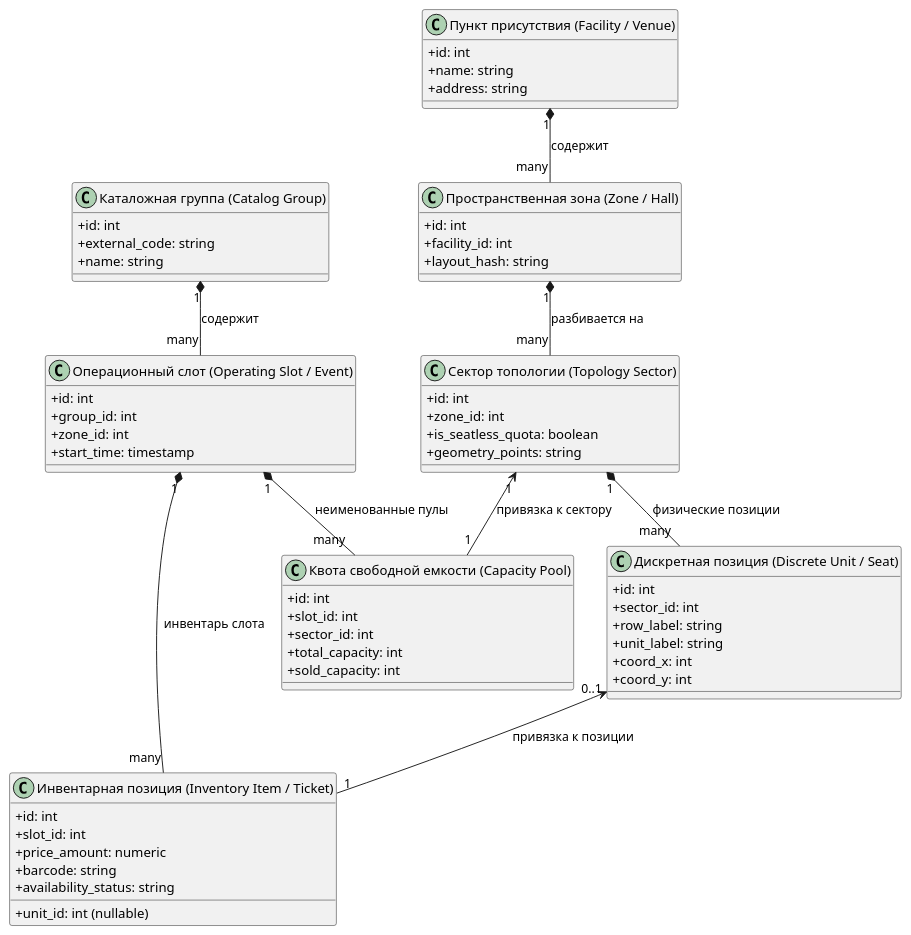
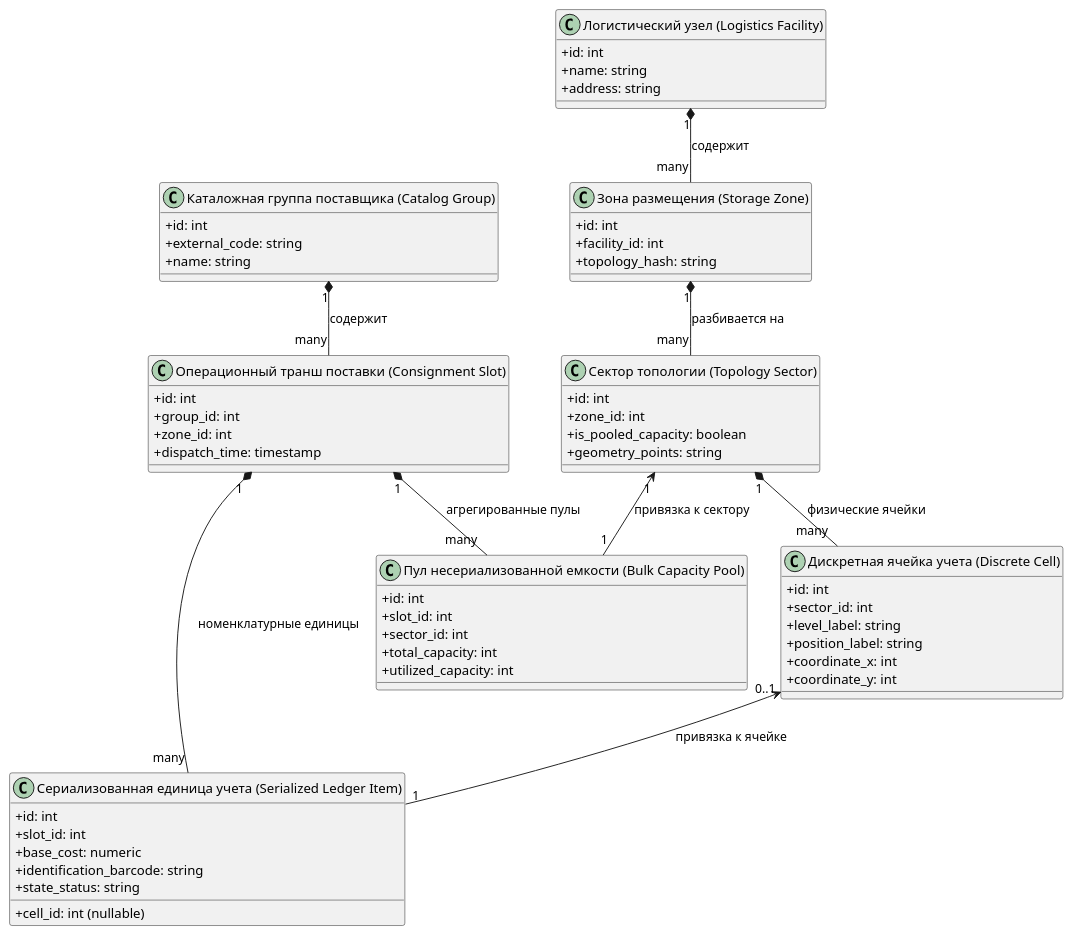
The first of 2 diagrams in .claude/skills/domain-auditor/examples/ideal_domain_audit.md (boboden541/sa-helper), drawn with PlantUML before and after one commit. The commit also changed other lines of this file and 6 other files, not shown here.

````diff
--- a/.claude/skills/domain-auditor/examples/ideal_domain_audit.md
+++ b/.claude/skills/domain-auditor/examples/ideal_domain_audit.md
@@ -19,72 +19,72 @@
 ```plantuml
 @startuml
 skinparam classAttributeIconSize 0
 
-class "Каталожная группа (Catalog Group)" as RootAgg {
+class "Каталожная группа поставщика (Catalog Group)" as RootAgg {
     + id: int
     + external_code: string
     + name: string
 }
 
-class "Пункт присутствия (Facility / Venue)" as Facility {
+class "Логистический узел (Logistics Facility)" as Facility {
     + id: int
     + name: string
     + address: string
 }
 
-class "Пространственная зона (Zone / Hall)" as Zone {
+class "Зона размещения (Storage Zone)" as Zone {
     + id: int
     + facility_id: int
-    + layout_hash: string
+    + topology_hash: string
 }
 
 class "Сектор топологии (Topology Sector)" as Sector {
     + id: int
     + zone_id: int
-    + is_seatless_quota: boolean
+    + is_pooled_capacity: boolean
     + geometry_points: string
 }
 
-class "Дискретная позиция (Discrete Unit / Seat)" as Unit {
+class "Дискретная ячейка учета (Discrete Cell)" as Cell {
     + id: int
     + sector_id: int
-    + row_label: string
-    + unit_label: string
-    + coord_x: int
-    + coord_y: int
+    + level_label: string
+    + position_label: string
+    + coordinate_x: int
+    + coordinate_y: int
 }
 
-class "Операционный слот (Operating Slot / Event)" as Slot {
+class "Операционный транш поставки (Consignment Slot)" as Slot {
     + id: int
     + group_id: int
     + zone_id: int
-    + start_time: timestamp
+    + dispatch_time: timestamp
 }
 
-class "Инвентарная позиция (Inventory Item / Ticket)" as Item {
+class "Сериализованная единица учета (Serialized Ledger Item)" as Item {
     + id: int
     + slot_id: int
-    + unit_id: int (nullable)
-    + price_amount: numeric
-    + barcode: string
-    + availability_status: string
+    + cell_id: int (nullable)
+    + base_cost: numeric
+    + identification_barcode: string
+    + state_status: string
 }
 
-class "Квота свободной емкости (Capacity Pool)" as Quota {
+class "Пул несериализованной емкости (Bulk Capacity Pool)" as Pool {
     + id: int
     + slot_id: int
     + sector_id: int
     + total_capacity: int
-    + sold_capacity: int
+    + utilized_capacity: int
 }
 
 RootAgg "1" *-- "many" Slot : содержит
 Facility "1" *-- "many" Zone : содержит
 Zone "1" *-- "many" Sector : разбивается на
-Sector "1" *-- "many" Unit : физические позиции
-Slot "1" *-- "many" Item : инвентарь слота
-Slot "1" *-- "many" Quota : неименованные пулы
-Unit "0..1" <-- "1" Item : привязка к позиции
-Sector "1" <-- "1" Quota : привязка к сектору
+Sector "1" *-- "many" Cell : физические ячейки
+Slot "1" *-- "many" Item : номенклатурные единицы
+Slot "1" *-- "many" Pool : агрегированные пулы
+Cell "0..1" <-- "1" Item : привязка к ячейке
+Sector "1" <-- "1" Pool : привязка к сектору
 @enduml
 ```
````
